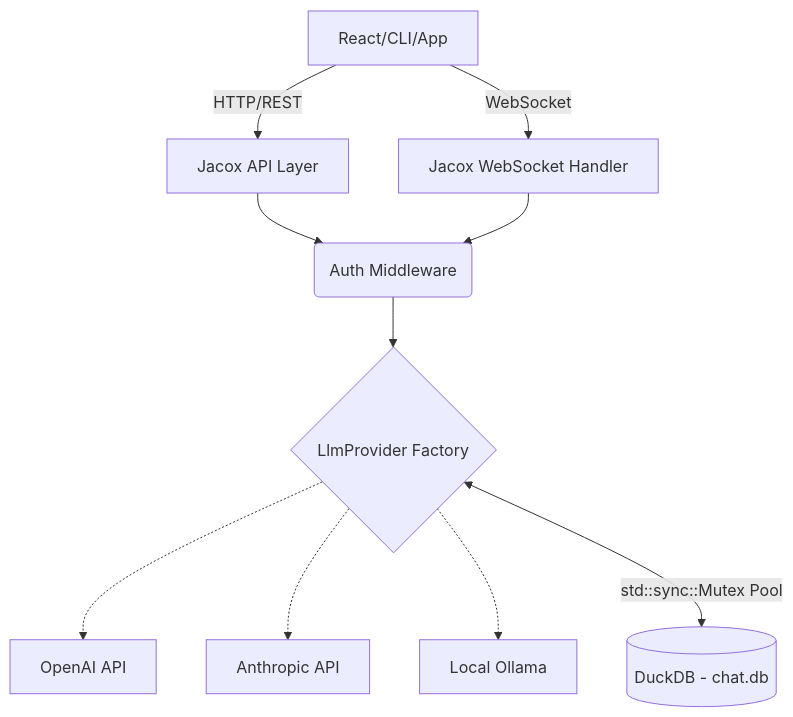
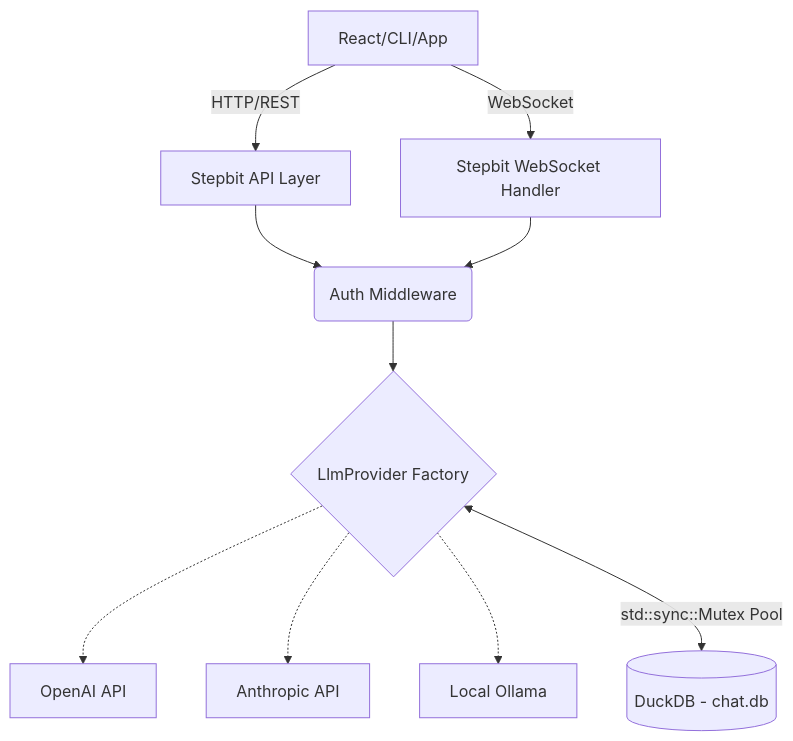
One commit to jacovinus/jacox changed the diagram in SPECS.md. Above: the diagram before and after it, drawn with Mermaid. The commit also changed other lines of this file and 44 other files, not shown here.

````diff
--- a/SPECS.md
+++ b/SPECS.md
@@ -7,16 +7,16 @@
 ```mermaid
 graph TD;
-    Client[React/CLI/App] -->|HTTP/REST| API[Jacox API Layer]
-    Client -->|WebSocket| WS[Jacox WebSocket Handler]
+    Client[React/CLI/App] -->|HTTP/REST| API[Stepbit API Layer]
+    Client -->|WebSocket| WS[Stepbit WebSocket Handler]
     
     API --> Auth(Auth Middleware)
     WS --> Auth
     
     Auth --> Router{LlmProvider Factory}
     
     Router -.-> OpenAI[OpenAI API]
     Router -.-> Anthropic[Anthropic API]
     Router -.-> Ollama[Local Ollama]
     
     Router <-->|std::sync::Mutex Pool| DB[(DuckDB - chat.db)]
 ```
````
